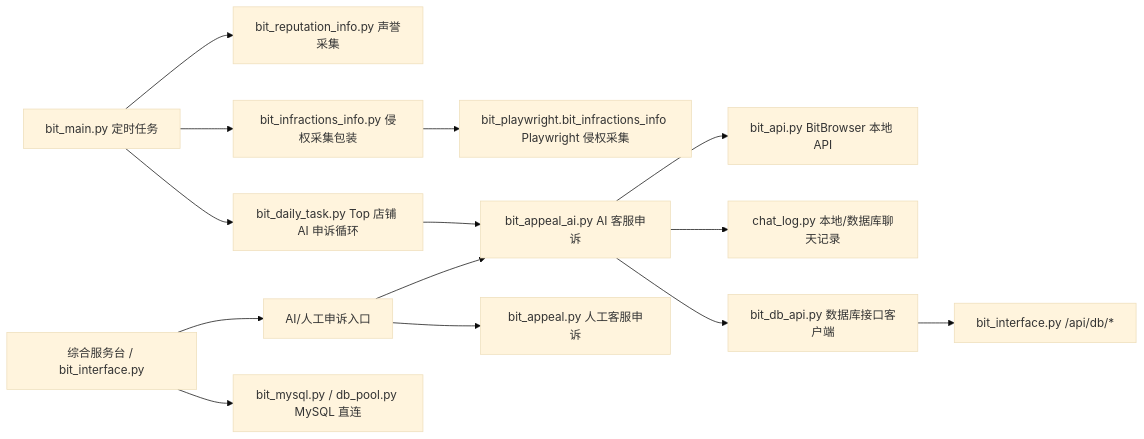
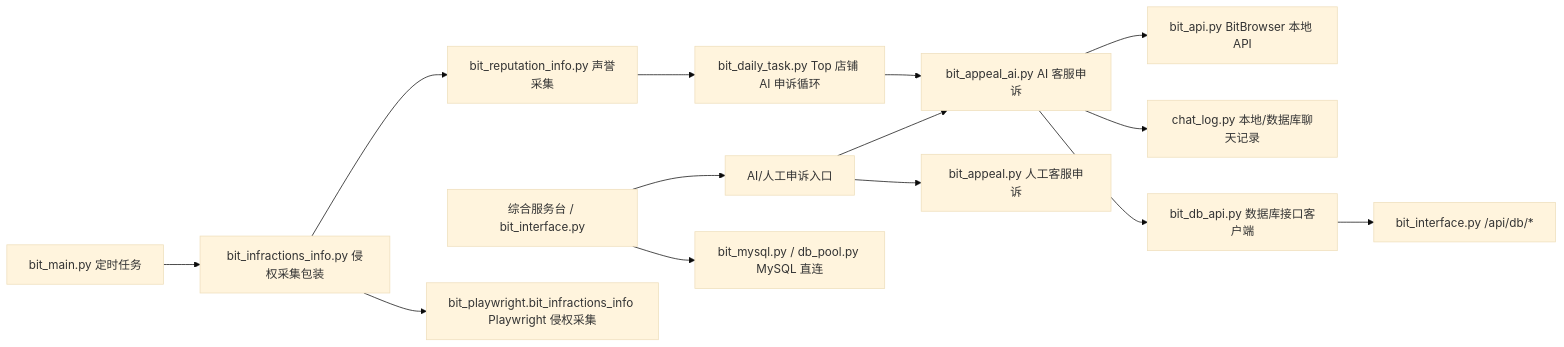
Before and after one commit to Bruce-1208/mercado: the first of 6 diagrams in docs/bit_bit_playwright_notes.md, drawn with Mermaid (base theme). The commit also changed other lines of this file and 122 other files, not shown here.

````diff
--- a/docs/bit_bit_playwright_notes.md
+++ b/docs/bit_bit_playwright_notes.md
@@ -12,16 +12,16 @@
 ```mermaid
 flowchart LR
   UI["综合服务台 / bit_interface.py"] --> Appeal["AI/人工申诉入口"]
-  Scheduler["bit_main.py 定时任务"] --> Reputation["bit_reputation_info.py 声誉采集"]
-  Scheduler --> InfractionCollect["bit_infractions_info.py 侵权采集包装"]
-  Scheduler --> Daily["bit_daily_task.py Top 店铺 AI 申诉循环"]
+  Scheduler["bit_main.py 定时任务"] --> InfractionCollect["bit_infractions_info.py 侵权采集包装"]
+  InfractionCollect --> Reputation["bit_reputation_info.py 声誉采集"]
+  Reputation --> Daily["bit_daily_task.py Top 店铺 AI 申诉循环"]
   Daily --> AppealAI["bit_appeal_ai.py AI 客服申诉"]
   Appeal --> AppealAI
   Appeal --> Human["bit_appeal.py 人工客服申诉"]
   AppealAI --> BitAPI["bit_api.py BitBrowser 本地 API"]
   AppealAI --> ChatLog["chat_log.py 本地/数据库聊天记录"]
   AppealAI --> DBAPI["bit_db_api.py 数据库接口客户端"]
   UI --> MySQL["bit_mysql.py / db_pool.py MySQL 直连"]
   DBAPI --> InterfaceDB["bit_interface.py /api/db/*"]
   InfractionCollect --> PWInf["bit_playwright.bit_infractions_info Playwright 侵权采集"]
 ```
````
